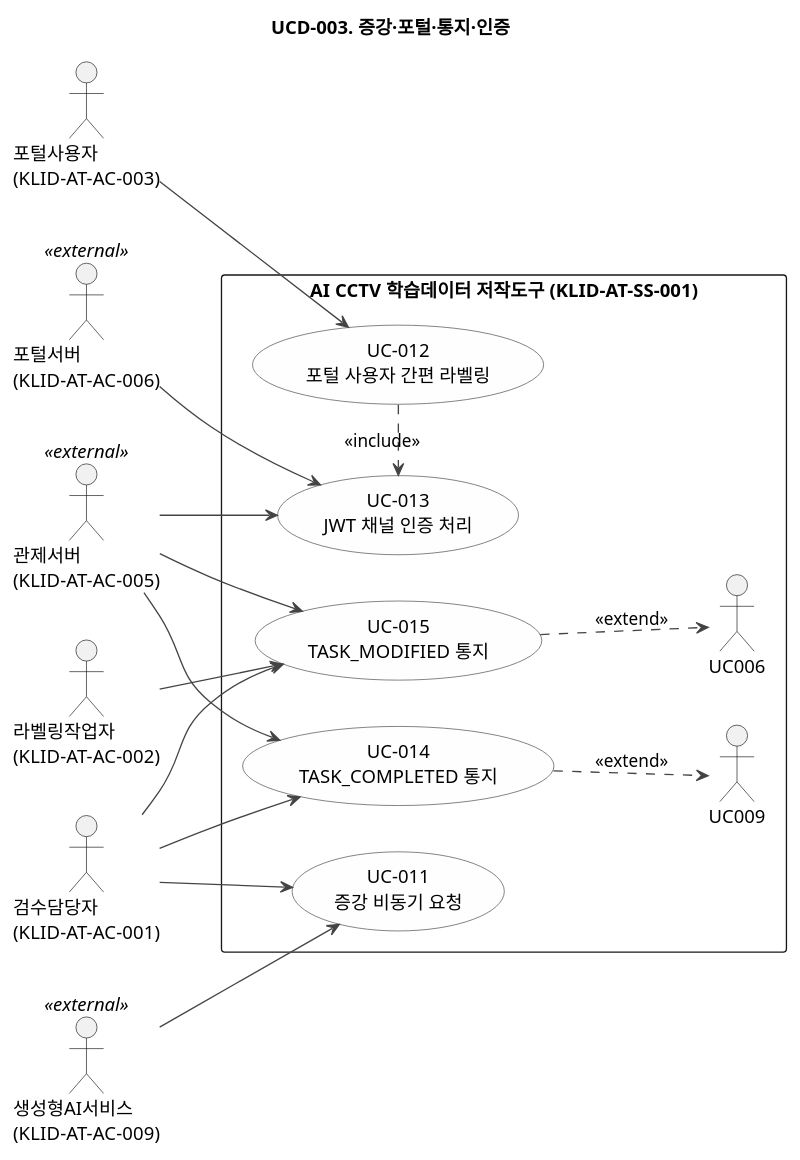
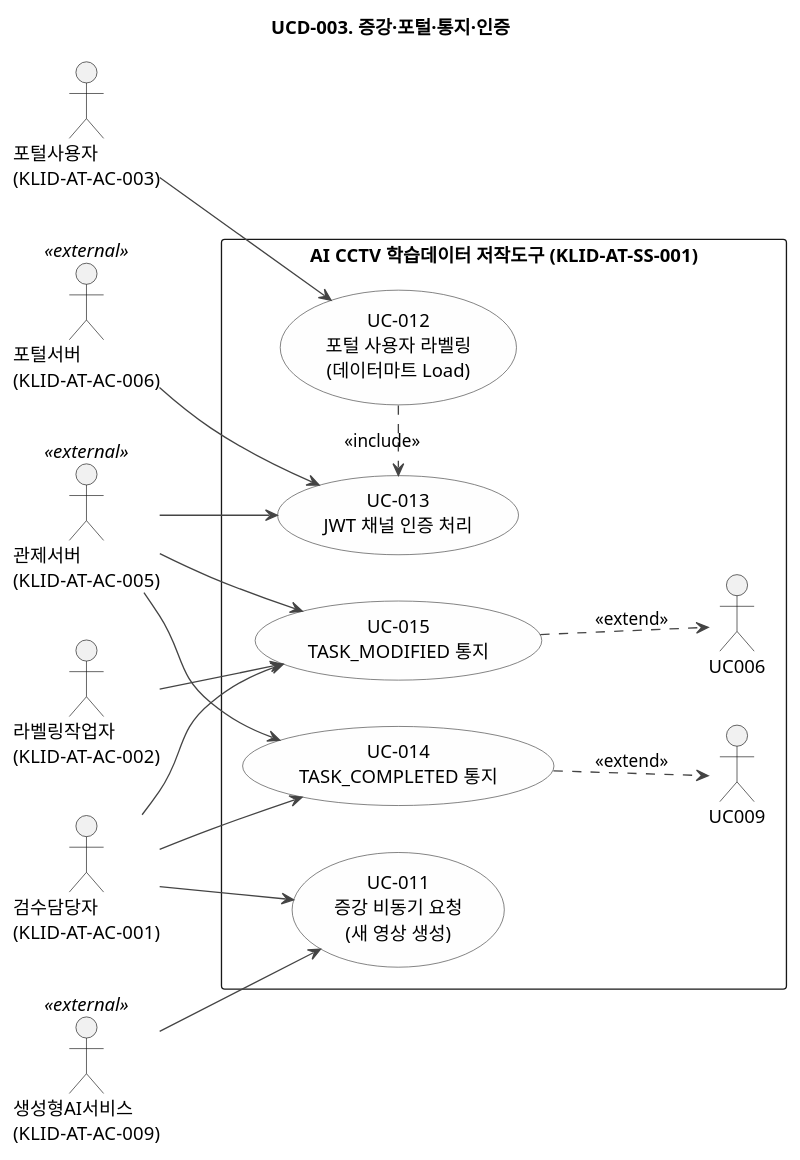
Before and after one commit to New-stella/klid-label: the third of 3 diagrams in docs/design/R2_유스케이스명세서_v1.0.md, drawn with PlantUML. The commit also changed other lines of this file and 2 other files, not shown here.

First line of the commit message:
docs(design): V2.0 다이어그램 반영 — UCD/시퀀스/클래스/컴포넌트

````diff
--- a/docs/design/R2_유스케이스명세서_v1.0.md
+++ b/docs/design/R2_유스케이스명세서_v1.0.md
@@ -131,45 +136,45 @@
 ```plantuml
 @startuml KLID-AT-UCD-003
 title UCD-003. 증강·포털·통지·인증
 skinparam defaultFontName "Malgun Gothic"
 skinparam usecase {
   BackgroundColor #FEFEFE
   BorderColor #444444
   ArrowColor #444444
   ActorBackgroundColor #DDEEFF
   ActorBorderColor #336699
 }
 
 left to right direction
 
 actor "검수담당자\n(KLID-AT-AC-001)" as Reviewer
 actor "라벨링작업자\n(KLID-AT-AC-002)" as Labeler
 actor "포털사용자\n(KLID-AT-AC-003)" as Portal
 actor "관제서버\n(KLID-AT-AC-005)" as Control <<external>>
 actor "포털서버\n(KLID-AT-AC-006)" as PortalSrv <<external>>
 actor "생성형AI서비스\n(KLID-AT-AC-009)" as GenAI <<external>>
 
 rectangle "AI CCTV 학습데이터 저작도구 (KLID-AT-SS-001)" {
-  usecase "UC-011\n증강 비동기 요청" as UC011
-  usecase "UC-012\n포털 사용자 간편 라벨링" as UC012
+  usecase "UC-011\n증강 비동기 요청\n(새 영상 생성)" as UC011
+  usecase "UC-012\n포털 사용자 라벨링\n(데이터마트 Load)" as UC012
   usecase "UC-013\nJWT 채널 인증 처리" as UC013
   usecase "UC-014\nTASK_COMPLETED 통지" as UC014
   usecase "UC-015\nTASK_MODIFIED 통지" as UC015
 
   UC012 .> UC013 : <<include>>
   UC014 ..> UC009 : <<extend>>
   UC015 ..> UC006 : <<extend>>
 }
 
 Reviewer --> UC011
 Reviewer --> UC014
 Reviewer --> UC015
 Labeler --> UC015
 Portal --> UC012
 Control --> UC013
 Control --> UC014
 Control --> UC015
 PortalSrv --> UC013
 GenAI --> UC011
 @enduml
 ```
````
